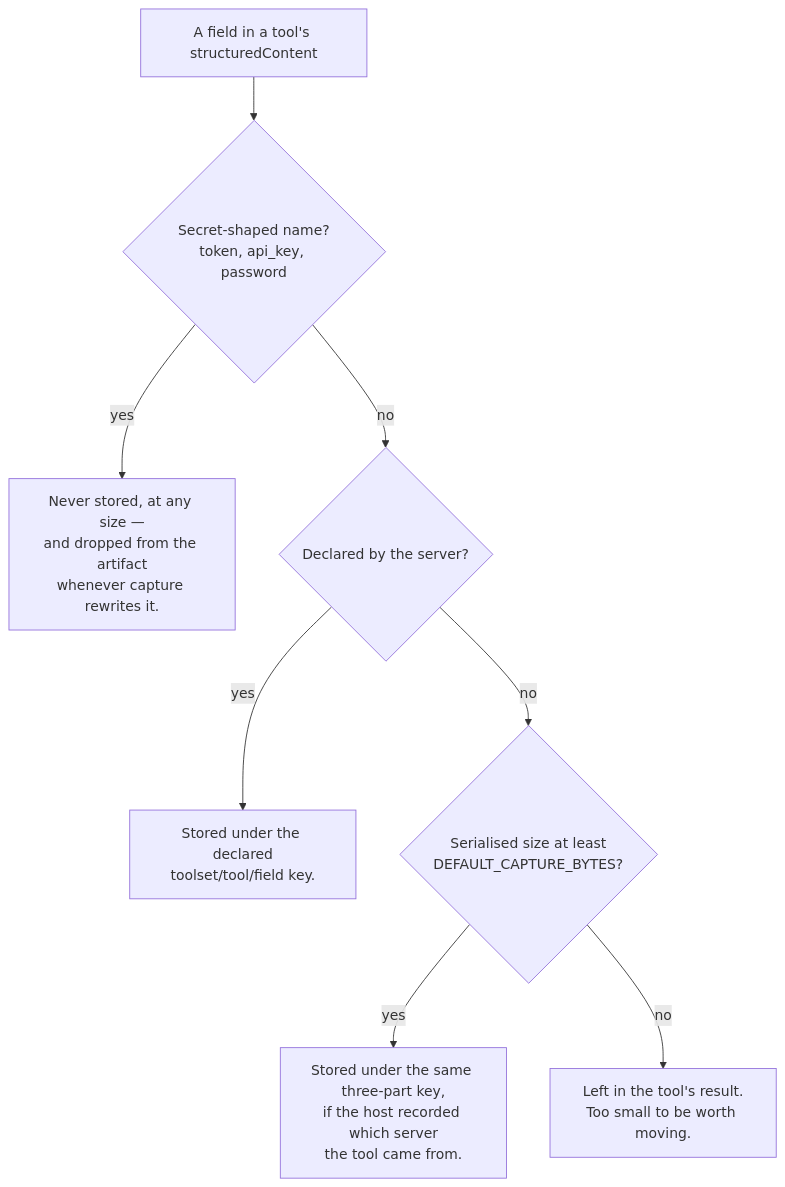
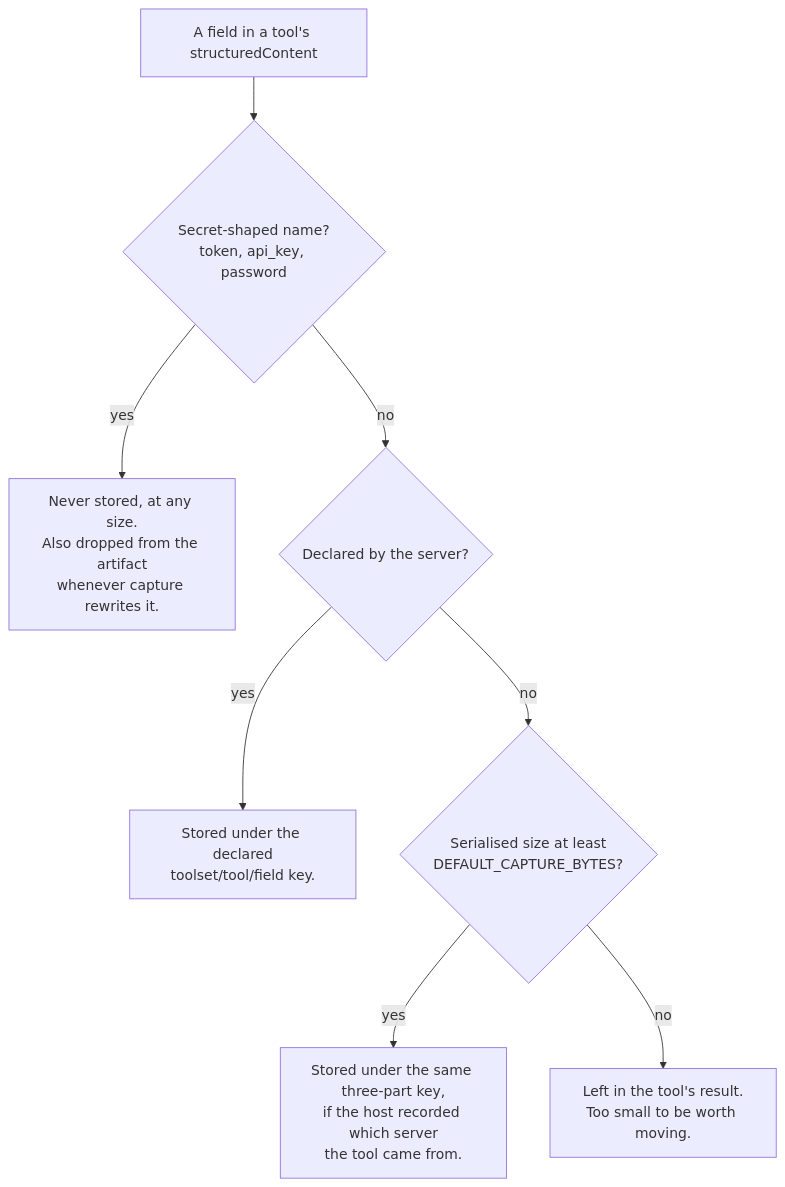
Before and after one commit to developmentseed/mcp-toolsets-runtime: the second of 3 diagrams in docs/SESSION-STATE.md, drawn with Mermaid. The commit also changed other lines of this file and 7 other files, not shown here.

````diff
--- a/docs/SESSION-STATE.md
+++ b/docs/SESSION-STATE.md
@@ -114,13 +117,13 @@
 ```mermaid
 flowchart TD
     F["A field in a tool's structuredContent"] --> S{"Secret-shaped name?<br/>token, api_key, password"}
 
-    S -->|yes| DROP["Never stored, at any size —<br/>and dropped from the artifact<br/>whenever capture rewrites it."]
+    S -->|yes| DROP["Never stored, at any size.<br/>Also dropped from the artifact<br/>whenever capture rewrites it."]
     S -->|no| D{"Declared by the server?"}
 
     D -->|yes| DECL["Stored under the declared<br/>toolset/tool/field key."]
     D -->|no| Z{"Serialised size at least<br/>DEFAULT_CAPTURE_BYTES?"}
 
     Z -->|yes| DET["Stored under the same three-part key,<br/>if the host recorded which server<br/>the tool came from."]
     Z -->|no| KEEP["Left in the tool's result.<br/>Too small to be worth moving."]
 ```
````
